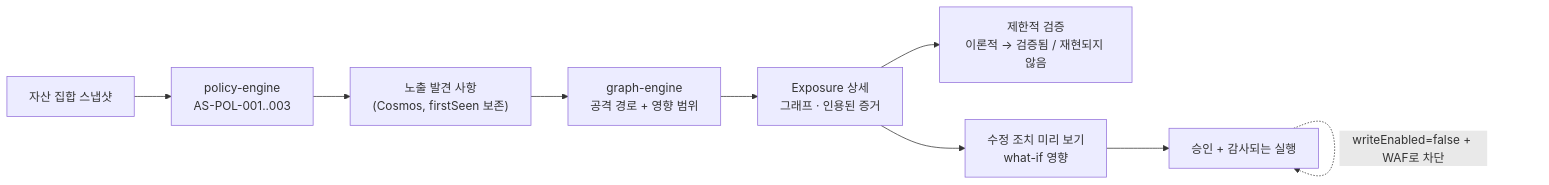
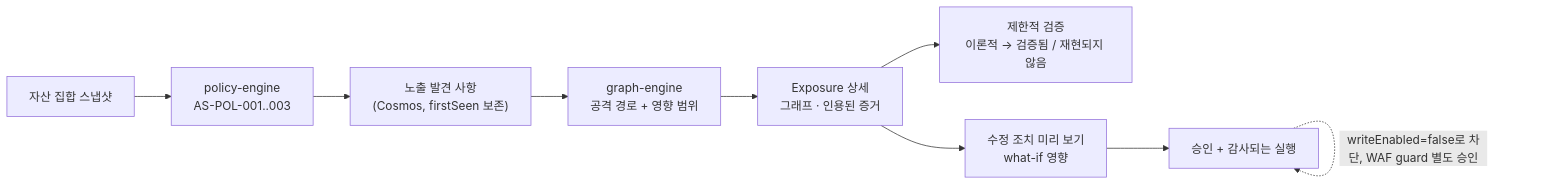
Before and after one commit to YOONPYOGitHub/agent-sentinel: the second of 2 diagrams in docs/product-overview.md, drawn with Mermaid. The commit also changed other lines of this file and 9 other files, not shown here.

````diff
--- a/docs/product-overview.md
+++ b/docs/product-overview.md
@@ -80,11 +82,11 @@
 ```mermaid
 flowchart LR
     S["자산 집합 스냅샷"] --> P["policy-engine<br/>AS-POL-001..003"]
     P --> F["노출 발견 사항<br/>(Cosmos, firstSeen 보존)"]
     F --> G["graph-engine<br/>공격 경로 + 영향 범위"]
     G --> D["Exposure 상세<br/>그래프 · 인용된 증거"]
     D --> V["제한적 검증<br/>이론적 → 검증됨 / 재현되지 않음"]
     D --> R["수정 조치 미리 보기<br/>what-if 영향"]
     R --> A["승인 + 감사되는 실행"]
-    A -.writeEnabled=false + WAF로 차단.-> A
+    A -.writeEnabled=false로 차단, WAF guard 별도 승인.-> A
 ```
````
